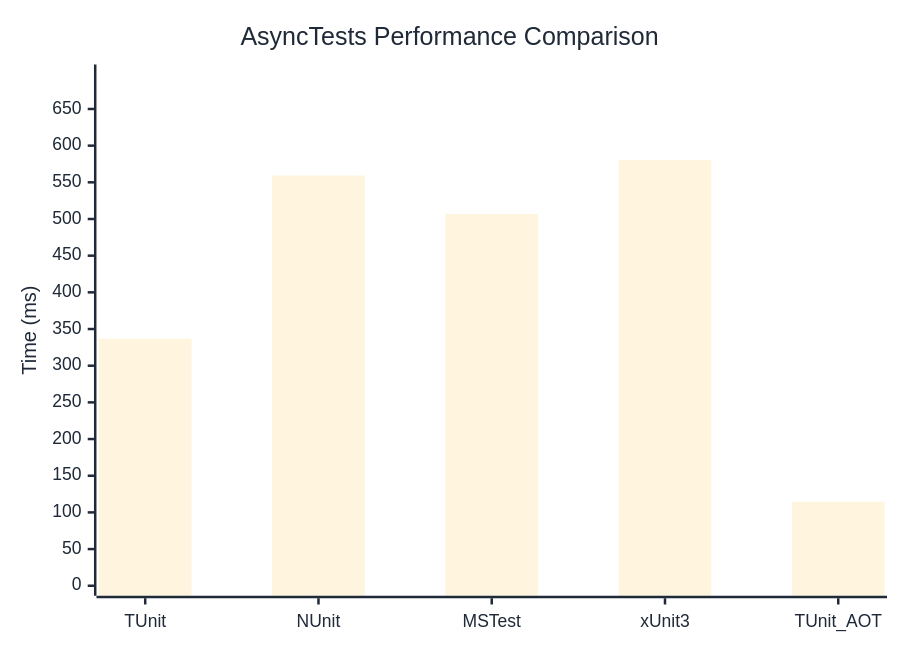
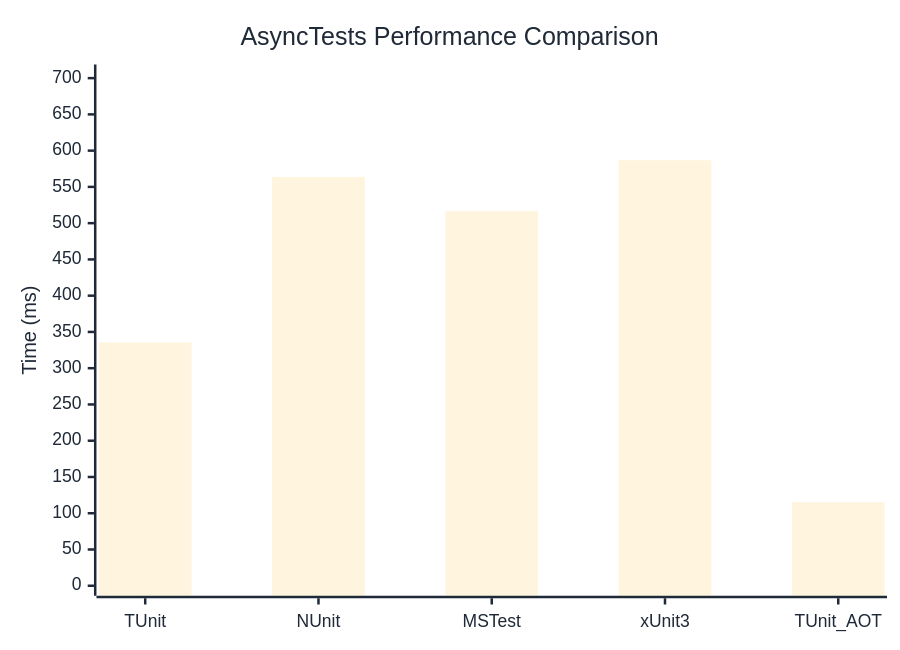
Before and after one commit to thomhurst/TUnit: the diagram in docs/docs/benchmarks/AsyncTests.md, drawn with Mermaid. The commit also changed other lines of this file and 16 other files, not shown here.

````diff
--- a/docs/docs/benchmarks/AsyncTests.md
+++ b/docs/docs/benchmarks/AsyncTests.md
@@ -27,37 +27,37 @@
 ```mermaid
 %%{init: {
   'theme':'base',
   'themeVariables': {
     'primaryColor': '#2563eb',
     'primaryTextColor': '#1f2937',
     'primaryBorderColor': '#1e40af',
     'lineColor': '#6b7280',
     'secondaryColor': '#7c3aed',
     'tertiaryColor': '#dc2626',
     'background': '#ffffff',
     'mainBkg': '#2563eb',
     'secondBkg': '#7c3aed',
     'tertiaryBkg': '#dc2626',
     'clusterBkg': '#f3f4f6',
     'edgeLabelBackground': '#ffffff',
     'tertiaryTextColor': '#1f2937',
     'pie1': '#2563eb',
     'pie2': '#7c3aed',
     'pie3': '#dc2626',
     'pie4': '#f59e0b',
     'pie5': '#10b981',
     'pie6': '#06b6d4',
     'pie7': '#ec4899',
     'pie8': '#6366f1',
     'pie9': '#84cc16',
     'pie10': '#f97316',
     'pie11': '#14b8a6',
     'pie12': '#a855f7'
   }
 }}%%
 xychart-beta
   title "AsyncTests Performance Comparison"
   x-axis ["TUnit", "NUnit", "MSTest", "xUnit3", "TUnit_AOT"]
-  y-axis "Time (ms)" 0 --> 697
-  bar [336.8, 559.2, 506.8, 580.5, 114.6]
+  y-axis "Time (ms)" 0 --> 705
+  bar [335.7, 563.8, 516.4, 586.8, 115.2]
 ```
````
